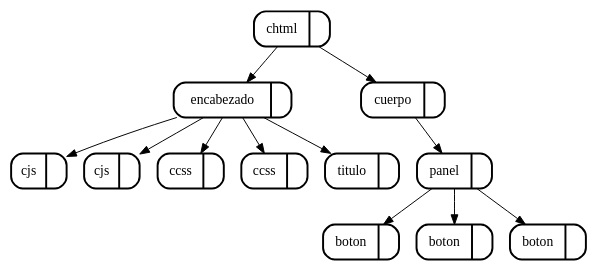
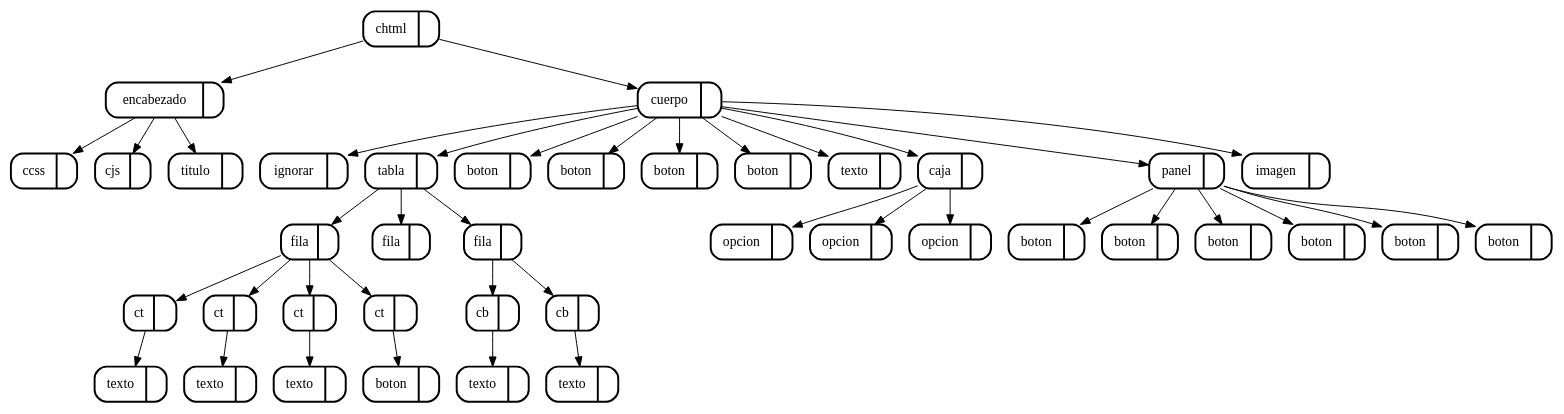
Before and after one commit to skrillfer/1s2018_CMP2P1: the diagram in USAC_WEB/Imagenes/arbol_dom.dot, drawn with Graphviz. The commit also changed 42 other files, not shown here.

```diff
--- a/USAC_WEB/Imagenes/arbol_dom.dot
+++ b/USAC_WEB/Imagenes/arbol_dom.dot
@@ -1,27 +1,83 @@
 digraph G {
 node[shape=Mrecord]
-48[label="chtml | ",style=bold]
-47[label="encabezado | ",style=bold]
-{48}->{47}
-3[label="cjs | ",style=bold]
-{47}->{3}
+110[label="chtml | ",style=bold]
+109[label="encabezado | ",style=bold]
+{110}->{109}
+3[label="ccss | ",style=bold]
+{109}->{3}
 7[label="cjs | ",style=bold]
-{47}->{7}
-10[label="ccss | ",style=bold]
-{47}->{10}
-13[label="ccss | ",style=bold]
-{47}->{13}
-15[label="titulo | ",style=bold]
-{47}->{15}
-45[label="cuerpo | ",style=bold]
-{48}->{45}
-42[label="panel | ",style=bold]
-{45}->{42}
-28[label="boton | ",style=bold]
-{42}->{28}
-35[label="boton | ",style=bold]
-{42}->{35}
-41[label="boton | ",style=bold]
-{42}->{41}
+{109}->{7}
+9[label="titulo | ",style=bold]
+{109}->{9}
+107[label="cuerpo | ",style=bold]
+{110}->{107}
+11[label="ignorar | ",style=bold]
+{107}->{11}
+15[label="tabla | ",style=bold]
+{107}->{15}
+34[label="fila | ",style=bold]
+{15}->{34}
+21[label="ct | ",style=bold]
+{34}->{21}
+20[label="texto | ",style=bold]
+{21}->{20}
+24[label="ct | ",style=bold]
+{34}->{24}
+23[label="texto | ",style=bold]
+{24}->{23}
+27[label="ct | ",style=bold]
+{34}->{27}
+26[label="texto | ",style=bold]
+{27}->{26}
+33[label="ct | ",style=bold]
+{34}->{33}
+32[label="boton | ",style=bold]
+{33}->{32}
+37[label="fila | ",style=bold]
+{15}->{37}
+46[label="fila | ",style=bold]
+{15}->{46}
+41[label="cb | ",style=bold]
+{46}->{41}
+40[label="texto | ",style=bold]
+{41}->{40}
+45[label="cb | ",style=bold]
+{46}->{45}
+44[label="texto | ",style=bold]
+{45}->{44}
+50[label="boton | ",style=bold]
+{107}->{50}
+54[label="boton | ",style=bold]
+{107}->{54}
+58[label="boton | ",style=bold]
+{107}->{58}
+62[label="boton | ",style=bold]
+{107}->{62}
+66[label="texto | ",style=bold]
+{107}->{66}
+81[label="caja | ",style=bold]
+{107}->{81}
+73[label="opcion | ",style=bold]
+{81}->{73}
+77[label="opcion | ",style=bold]
+{81}->{77}
+80[label="opcion | ",style=bold]
+{81}->{80}
+100[label="panel | ",style=bold]
+{107}->{100}
+88[label="boton | ",style=bold]
+{100}->{88}
+91[label="boton | ",style=bold]
+{100}->{91}
+93[label="boton | ",style=bold]
+{100}->{93}
+95[label="boton | ",style=bold]
+{100}->{95}
+97[label="boton | ",style=bold]
+{100}->{97}
+99[label="boton | ",style=bold]
+{100}->{99}
+105[label="imagen | ",style=bold]
+{107}->{105}
 
 }
```
